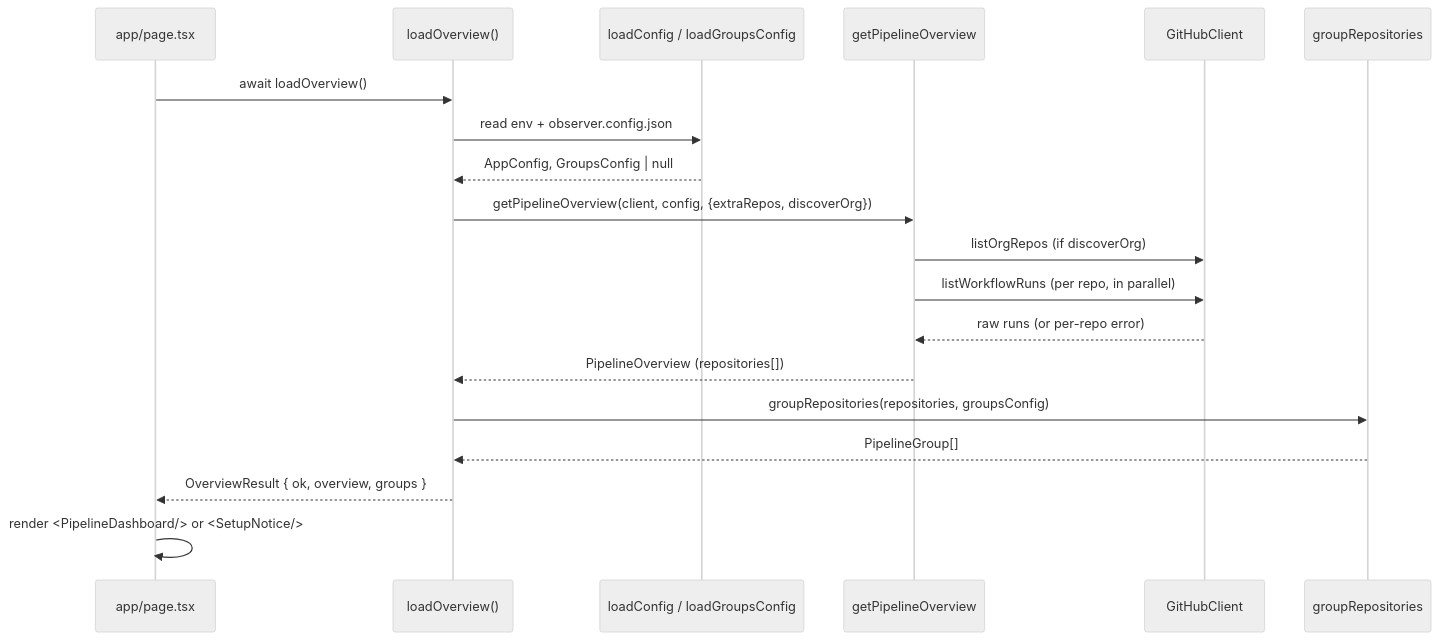
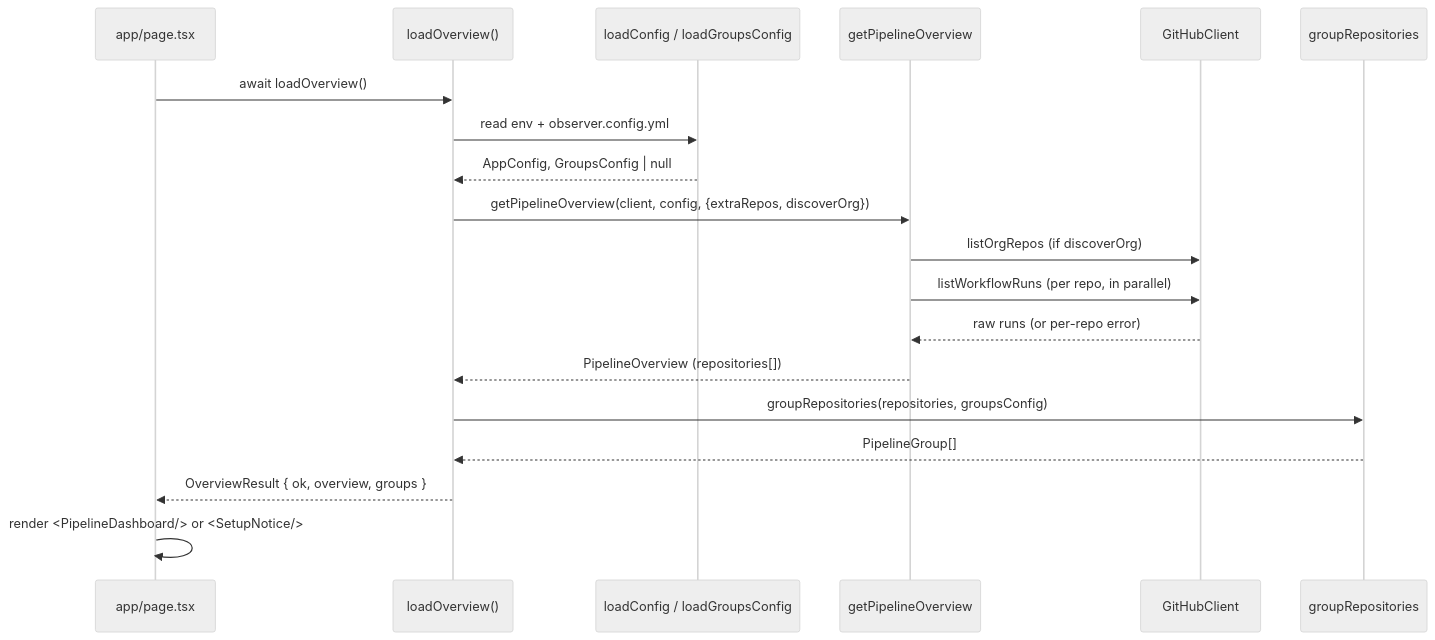
The first of 2 diagrams in doc/architecture.md (Les-Chauffagistes/Observer), drawn with Mermaid (neutral theme) before and after one commit. The commit also changed other lines of this file and 18 other files, not shown here.

````diff
--- a/doc/architecture.md
+++ b/doc/architecture.md
@@ -67,22 +67,22 @@
 ```mermaid
 sequenceDiagram
     participant Page as app/page.tsx
     participant Root as loadOverview()
     participant Cfg as loadConfig / loadGroupsConfig
     participant Svc as getPipelineOverview
     participant GH as GitHubClient
     participant Grp as groupRepositories
 
     Page->>Root: await loadOverview()
-    Root->>Cfg: read env + observer.config.json
+    Root->>Cfg: read env + observer.config.yml
     Cfg-->>Root: AppConfig, GroupsConfig | null
     Root->>Svc: getPipelineOverview(client, config, {extraRepos, discoverOrg})
     Svc->>GH: listOrgRepos (if discoverOrg)
     Svc->>GH: listWorkflowRuns (per repo, in parallel)
     GH-->>Svc: raw runs (or per-repo error)
     Svc-->>Root: PipelineOverview (repositories[])
     Root->>Grp: groupRepositories(repositories, groupsConfig)
     Grp-->>Root: PipelineGroup[]
     Root-->>Page: OverviewResult { ok, overview, groups }
     Page->>Page: render <PipelineDashboard/> or <SetupNotice/>
 ```
````
